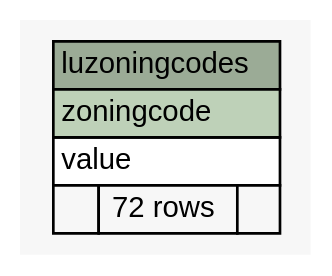
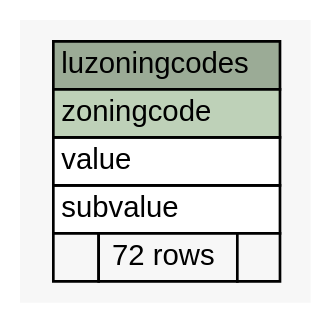
Before and after one commit to sehoven/aays401: the diagram in docs/databaseDoc/diagrams/summary/luzoningcodes.1degree.dot, drawn with Graphviz. The commit also changed 24 other files, not shown here.

```diff
--- a/docs/databaseDoc/diagrams/summary/luzoningcodes.1degree.dot
+++ b/docs/databaseDoc/diagrams/summary/luzoningcodes.1degree.dot
@@ -1,31 +1,32 @@
 // dot 2.40.1 on Mac OS X 10.10.5
 // SchemaSpy rev 590
 digraph "luzoningcodes" {
   graph [
     rankdir="RL"
     bgcolor="#f7f7f7"
     nodesep="0.18"
     ranksep="0.46"
     fontname="Helvetica"
     fontsize="11"
   ];
   node [
     fontname="Helvetica"
     fontsize="11"
     shape="plaintext"
   ];
   edge [
     arrowsize="0.8"
   ];
   "luzoningcodes" [
     label=<
     <TABLE BORDER="0" CELLBORDER="1" CELLSPACING="0" BGCOLOR="#ffffff">
       <TR><TD COLSPAN="3" BGCOLOR="#9bab96" ALIGN="CENTER">luzoningcodes</TD></TR>
       <TR><TD PORT="zoningcode" COLSPAN="3" BGCOLOR="#bed1b8" ALIGN="LEFT">zoningcode</TD></TR>
       <TR><TD PORT="value" COLSPAN="3" ALIGN="LEFT">value</TD></TR>
+      <TR><TD PORT="subvalue" COLSPAN="3" ALIGN="LEFT">subvalue</TD></TR>
       <TR><TD ALIGN="LEFT" BGCOLOR="#f7f7f7">  </TD><TD ALIGN="RIGHT" BGCOLOR="#f7f7f7">72 rows</TD><TD ALIGN="RIGHT" BGCOLOR="#f7f7f7">  </TD></TR>
     </TABLE>>
     URL="tables/luzoningcodes.html"
     tooltip="luzoningcodes"
   ];
 }
```
